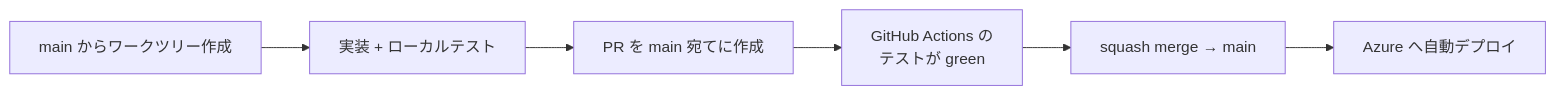
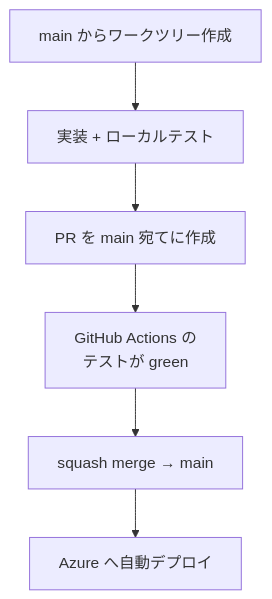
One commit to tanatosflower/stock-monitor-docs changed the first of 2 diagrams in docs/guide/development.md. Above: the diagram before and after it, drawn with Mermaid. The commit also changed 3 other files, not shown here.

Commit message:
Improve mermaid diagram rendering

````diff
--- a/docs/guide/development.md
+++ b/docs/guide/development.md
@@ -20,8 +20,8 @@
 ```mermaid
-flowchart LR
+flowchart TD
     A[main からワークツリー作成] --> B[実装 + ローカルテスト]
     B --> C[PR を main 宛てに作成]
     C --> D[GitHub Actions の<br/>テストが green]
     D --> E[squash merge → main]
     E --> F[Azure へ自動デプロイ]
 ```
````
